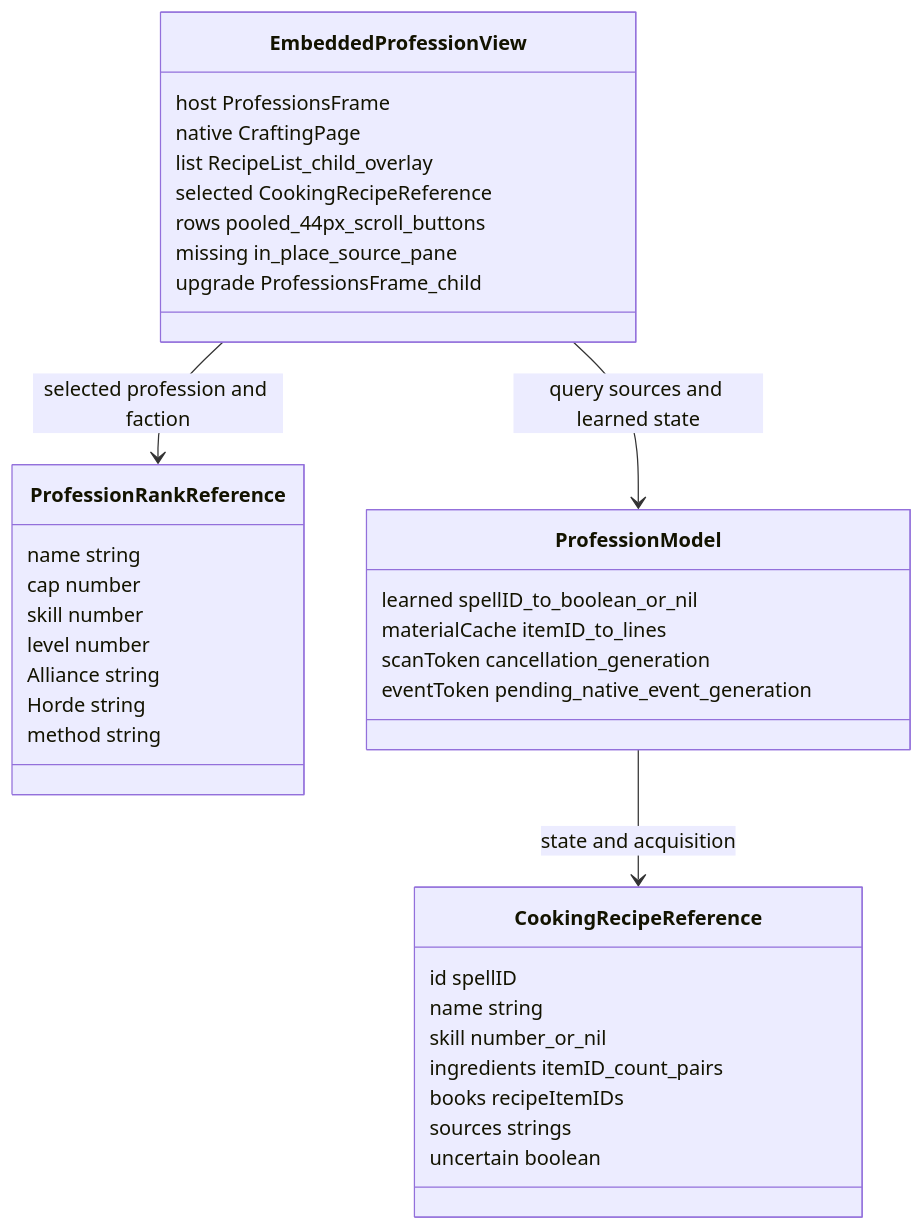
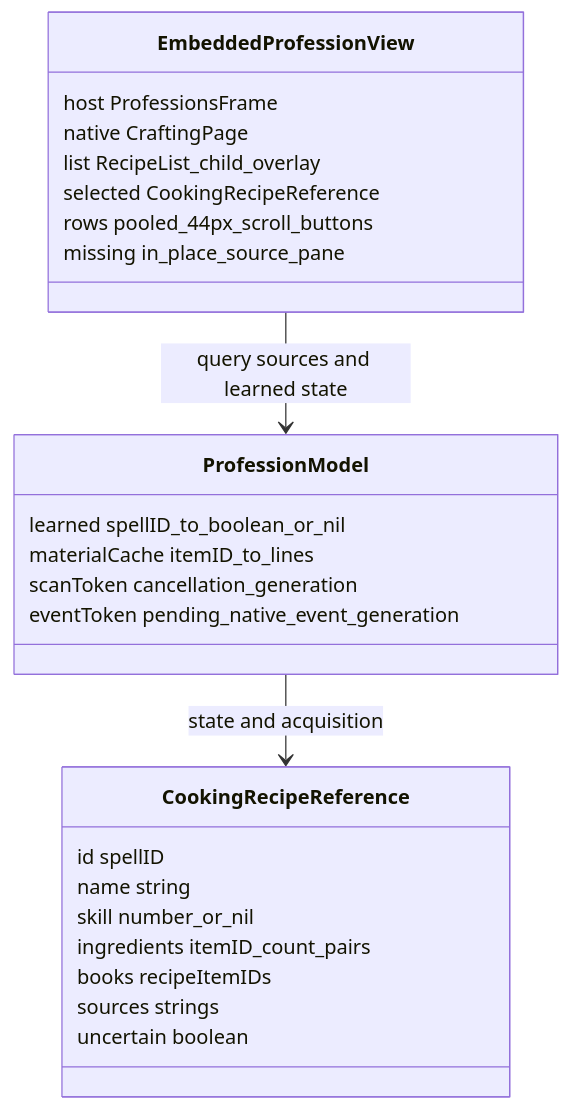
Diagram 27 of 29 in context/architecture.md (YodaGitMaster/QuestSharing), drawn with Mermaid before and after one commit. The commit also changed other lines of this file and 58 other files, not shown here.

````diff
--- a/context/architecture.md
+++ b/context/architecture.md
@@ -823,39 +825,28 @@
 ```mermaid
 classDiagram
     class CookingRecipeReference {
         id spellID
         name string
         skill number_or_nil
         ingredients itemID_count_pairs
         books recipeItemIDs
         sources strings
         uncertain boolean
-    }
-    class ProfessionRankReference {
-        name string
-        cap number
-        skill number
-        level number
-        Alliance string
-        Horde string
-        method string
     }
     class ProfessionModel {
         learned spellID_to_boolean_or_nil
         materialCache itemID_to_lines
         scanToken cancellation_generation
         eventToken pending_native_event_generation
     }
     class EmbeddedProfessionView {
         host ProfessionsFrame
         native CraftingPage
         list RecipeList_child_overlay
         selected CookingRecipeReference
         rows pooled_44px_scroll_buttons
         missing in_place_source_pane
-        upgrade ProfessionsFrame_child
     }
     ProfessionModel --> CookingRecipeReference : state and acquisition
     EmbeddedProfessionView --> ProfessionModel : query sources and learned state
-    EmbeddedProfessionView --> ProfessionRankReference : selected profession and faction
 ```
````
